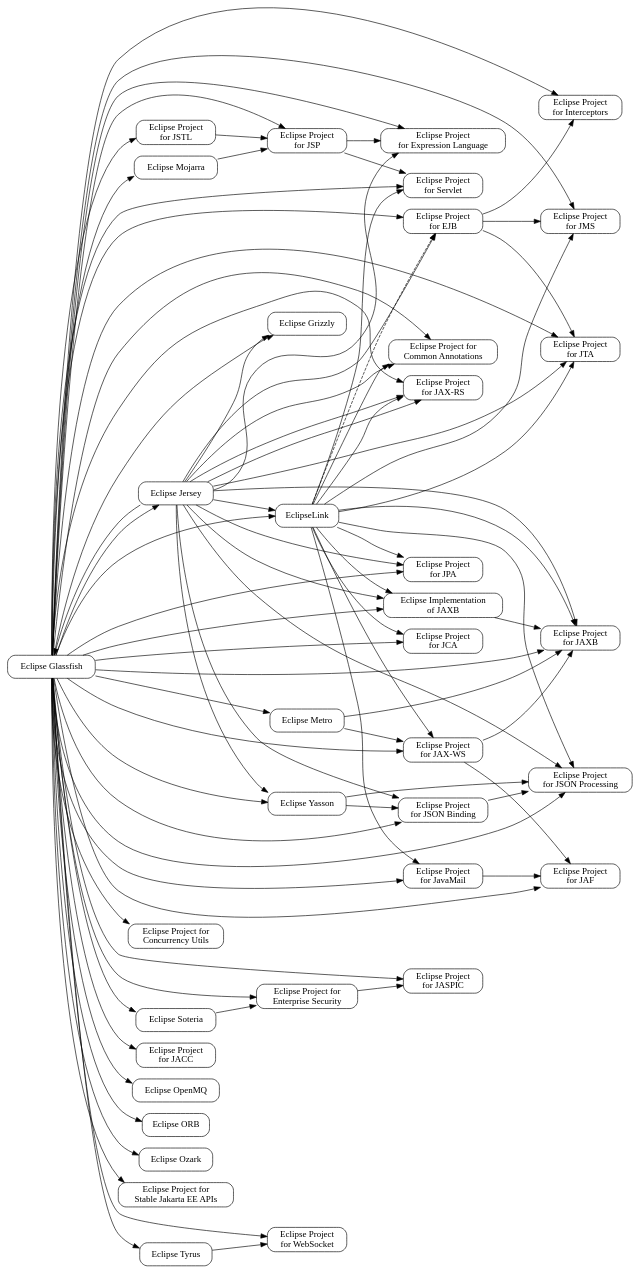
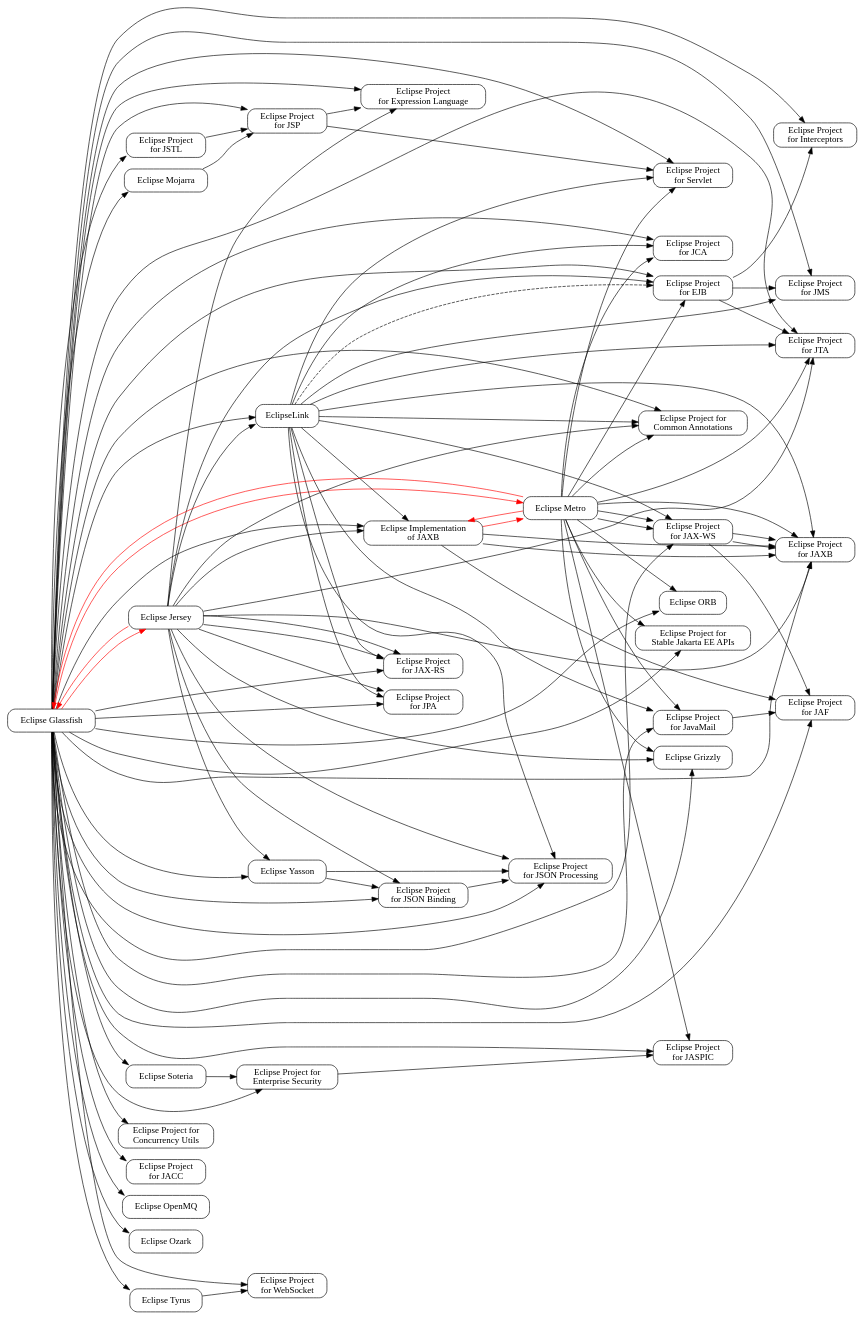
One commit to eclipse-ee4j/ee4j-website changed the diagram in src/dot/dependencies.dot. Above: the diagram before and after it, drawn with Graphviz.

Commit message:
Metro, JAXB and JAXWS dependencies added to dependencies.dot

```diff
--- a/src/dot/dependencies.dot
+++ b/src/dot/dependencies.dot
@@ -1,168 +1,198 @@
 /********************************************************************************
  * Copyright (c) 2018 Contributors to the Eclipse Foundation
  * 
  * See the NOTICE file(s) distributed with this work for additional
  * information regarding copyright ownership.
  * 
  * This program and the accompanying materials are made available under the
  * terms of the Eclipse Distribution License v. 1.0 which is available at
  * http://www.eclipse.org/org/documents/edl-v10.php.
  * 
  * SPDX-License-Identifier: BSD-3-Clause
  ********************************************************************************/
 
 // This file defines a graph of the relationship between the
 // EE4J Projects that make up Jakarta EE.
 //
 // Render using Graphviz.
 // e.g. 
 // > dot dependencies.dot -Tsvg > dependencies.svg
 //
 
 digraph G {
 	rankdir=LR;
 	rank=same;
 
 	// Eclipse project nodes
 	// Projects that provide definitions or implementations of the
 	// specifications go here. All nodes that represent
 	// projects are prefixed with "project_"
 	
 	node[ shape=box, style="rounded" ]
 	project_glassfish[ label="Eclipse Glassfish", URL="https://projects.eclipse.org/projects/ee4j.glassfish" ];
 	project_ca[ label="Eclipse Project for\nCommon Annotations", URL="https://projects.eclipse.org/projects/ee4j.ca" ];
 	project_cu[ label="Eclipse Project for\nConcurrency Utils", URL="https://projects.eclipse.org/projects/ee4j.cu" ];
 	project_eclipselink[ label="EclipseLink", URL="https://projects.eclipse.org/projects/ee4j.eclipselink" ];
 	project_ejb[ label="Eclipse Project\nfor EJB", URL="https://projects.eclipse.org/proposals/eclipse-project-ejb" ];
 	project_el[ label="Eclipse Project\nfor Expression Language", URL="https://projects.eclipse.org/projects/ee4j.el" ];
 	project_es[ label="Eclipse Project for\nEnterprise Security", URL="https://projects.eclipse.org/projects/ee4j.es/" ];
 	project_grizzly[ label="Eclipse Grizzly", URL="https://projects.eclipse.org/projects/ee4j.grizzly" ];
 	project_interceptors[ label="Eclipse Project\nfor Interceptors", URL="https://projects.eclipse.org/proposals/eclipse-project-interceptors" ];
 	project_jacc[label="Eclipse Project\nfor JACC", URL="https://projects.eclipse.org/projects/ee4j.jacc" ];
 	project_jaf[ label="Eclipse Project\nfor JAF", URL="https://projects.eclipse.org/proposals/eclipse-project-jaf" ];
 	project_javamail[ label="Eclipse Project\nfor JavaMail", URL="https://projects.eclipse.org/projects/ee4j.javamail" ];
 	project_jaspic[label="Eclipse Project\nfor JASPIC", URL="https://projects.eclipse.org/projects/ee4j.jaspic" ]; 
 	project_jaxb[ label="Eclipse Project\nfor JAXB", URL="https://projects.eclipse.org/proposals/eclipse-project-jaxb" ];
 	project_jaxb_impl[ label="Eclipse Implementation\nof JAXB", URL="https://projects.eclipse.org/proposals/eclipse-implementation-jaxb" ];
 	project_jaxrs[ label="Eclipse Project\nfor JAX-RS", URL="https://projects.eclipse.org/projects/ee4j.jaxrs" ];
 	project_jaxws[ label="Eclipse Project\nfor JAX-WS", URL="https://projects.eclipse.org/proposals/eclipse-project-jax-ws" ];
 	project_jca[ label="Eclipse Project\nfor JCA", URL="https://projects.eclipse.org/proposals/eclipse-project-jca" ];
 	project_jersey[ label="Eclipse Jersey", URL="https://projects.eclipse.org/projects/ee4j.jersey" ];
 	project_jms[ label="Eclipse Project\nfor JMS", URL="https://projects.eclipse.org/projects/ee4j.jms" ];
 	project_jpa[ label="Eclipse Project\nfor JPA", URL="https://projects.eclipse.org/projects/ee4j.jpa" ]
 	project_jsonp[ label="Eclipse Project\nfor JSON Processing", URL="https://projects.eclipse.org/projects/ee4j.jsonp" ];
 	project_jsonb[ label="Eclipse Project\nfor JSON Binding", URL="https://projects.eclipse.org/projects/ee4j.jsonb" ];
 	project_yasson[ label="Eclipse Yasson", URL="https://projects.eclipse.org/projects/ee4j.yasson" ];
 	project_jsp[ label="Eclipse Project\nfor JSP", URL="https://projects.eclipse.org/projects/ee4j.jsp" ];
 	project_jstl[ label="Eclipse Project\nfor JSTL", URL="https://projects.eclipse.org/projects/ee4j.jstl"  ];
 	project_jta[ label="Eclipse Project\nfor JTA", URL="https://projects.eclipse.org/projects/ee4j.jta" ];
 	project_metro[ label="Eclipse Metro", URL="https://projects.eclipse.org/proposals/eclipse-metro" ];
 	project_mojarra[ label="Eclipse Mojarra", URL="https://projects.eclipse.org/projects/ee4j.mojarra" ];
 	project_openmq[ label="Eclipse OpenMQ", URL="https://projects.eclipse.org/projects/ee4j.openmq" ];
 	project_orb[ label="Eclipse ORB" ];
 	project_ozark[ label="Eclipse Ozark" ];	
 	project_soteria[ label="Eclipse Soteria", URL="https://projects.eclipse.org/projects/ee4j.soteria" ];
 	project_stable[ label="Eclipse Project for\nStable Jakarta EE APIs", URL="https://projects.eclipse.org/projects/ee4j.jakartaee-stable" ];
 	project_servlet[ label="Eclipse Project\nfor Servlet", URL="https://projects.eclipse.org/projects/ee4j.servlet" ];
 	project_tyrus[ label="Eclipse Tyrus", URL="https://projects.eclipse.org/projects/ee4j.tyrus" ];
 	project_websocket[ label="Eclipse Project\nfor WebSocket", URL="https://projects.eclipse.org/projects/ee4j.websocket" ];
 
 	// Compile time sependencies between projects.
 	// e.g. EJB requires Interceptors, JTA, ...
 	edge[ style="solid" ];
 
 	project_mojarra -> project_jsp;
 	project_jstl -> project_jsp;
 	project_jsp -> project_servlet;
 	project_jsp -> project_el;
 	project_javamail -> project_jaf;
 	project_jaxb_impl -> project_jaxb;
 	project_jaxws -> project_jaf;
 	project_jaxws -> project_jaxb;
 	project_metro -> project_jaxws;
 	project_metro -> project_jaxb;
 	project_es -> project_jaspic;
 	project_jsonb -> project_jsonp;
 	project_yasson -> project_jsonb;
 	project_yasson -> project_jsonp;
 	project_tyrus -> project_websocket;
 	project_jersey -> project_jaxrs;
 	project_soteria -> project_es;
 
 	// GlassFish
 	project_glassfish -> project_ca;
 	project_glassfish -> project_cu;
 	project_glassfish -> project_eclipselink;
 	project_glassfish -> project_ejb;
 	project_glassfish -> project_el;
 	project_glassfish -> project_es;
 	project_glassfish -> project_grizzly;
 	project_glassfish -> project_interceptors;
 	project_glassfish -> project_jacc;
 	project_glassfish -> project_jaf;
 	project_glassfish -> project_javamail;
 	project_glassfish -> project_jaspic;
 	project_glassfish -> project_jaxb;
 	project_glassfish -> project_jaxb_impl;
 	project_glassfish -> project_jaxrs;
 	project_glassfish -> project_jaxws;
 	project_glassfish -> project_jca;
-	project_glassfish -> project_jersey;
+	project_glassfish -> project_jersey [color=red]; // CIRCULAR DEPENDENCY!!!
 	project_glassfish -> project_jms;
 	project_glassfish -> project_jpa;
 	project_glassfish -> project_jsonp;
 	project_glassfish -> project_jsonb;
 	project_glassfish -> project_yasson;
 	project_glassfish -> project_jsp;
 	project_glassfish -> project_jstl;
 	project_glassfish -> project_jta;
-	project_glassfish -> project_metro;
+	project_glassfish -> project_metro [color=red]; // CIRCULAR DEPENDENCY!!!
 	project_glassfish -> project_mojarra;
 	project_glassfish -> project_openmq;
 	project_glassfish -> project_orb;
 	project_glassfish -> project_ozark;
 	project_glassfish -> project_soteria;
 	project_glassfish -> project_stable;
 	project_glassfish -> project_servlet;
 	project_glassfish -> project_tyrus;
 	project_glassfish -> project_websocket;	
 	
 	// EJB
 	project_ejb -> project_interceptors;
 	project_ejb -> project_jta;
 	project_ejb -> project_jms;
 	
 	// EclipseLink
 	project_eclipselink -> project_jpa;
 	project_eclipselink -> project_jaxrs;
 	project_eclipselink -> project_jaxws;
 	project_eclipselink -> project_ca;
 	project_eclipselink -> project_jaxb;
 	project_eclipselink -> project_jaxb_impl;
 	project_eclipselink -> project_jsonp;
 	project_eclipselink -> project_jta;
 	project_eclipselink -> project_servlet;
 	project_eclipselink -> project_jca;
 	project_eclipselink -> project_jms;
 	project_eclipselink -> project_javamail;
 
+	// JAXRS 
+	// no dependencies
+
 	// Jersey
 	project_jersey -> project_jaxrs;
 	project_jersey -> project_ca;
 	project_jersey -> project_jta;
-	project_jersey -> project_glassfish; // CYCLIC DEPENDENCY!!! hk2*, org.glassfish.main.ejb.ejb-container, org.glassfish.main.common.container-common, org.glassfish.web.javax.el
+	project_jersey -> project_glassfish [color=red]; // CIRCULAR DEPENDENCY: hk2*, org.glassfish.main.ejb.ejb-container, org.glassfish.main.common.container-common, org.glassfish.web.javax.el
 	project_jersey -> project_grizzly;
 	project_jersey -> project_jaxb;
 	project_jersey -> project_jaxb_impl;
 	project_jersey -> project_eclipselink; // Moxy
 	project_jersey -> project_jpa;
 	project_jersey -> project_ejb;
 	project_jersey -> project_el;
 	project_jersey -> project_jsonp;
 	project_jersey -> project_jsonb;
 	project_jersey -> project_yasson;
 
+	// JAXB 
+	// no dependencies
+
+	// JAXB implementation
+	project_jaxb_impl -> project_jaxb;
+	project_jaxb_impl -> project_metro  [color=red]; // CIRCULAR DEPENDENCY: metro-stax-ex
+	project_jaxb_impl -> project_jaf;
+
+	// JAX-WS
+	project_jaxws -> project_jaxb; 
+
+	// Metro
+	//	External: com.sun.xml.registry:jaxr-impl, net.java.dev.stax-utils:stax-utils
+	project_metro -> project_jaxb_impl [color=red]; // CIRCULAR DEPENDENCY: metro-stax-ex
+	project_metro -> project_jaxws;
+	project_metro -> project_stable; // jax-rpc, javax.xml.registry:javax.xml.registry-api
+	project_metro -> project_grizzly; // com.sun.grizzly:grizzly-framework-http
+	project_metro -> project_ca;
+	project_metro -> project_javamail;
+	project_metro -> project_jca;
+	project_metro -> project_jaspic; // javax.security.auth.message:javax.security.auth.message-api
+	project_metro -> project_servlet;
+	project_metro -> project_jta;
+	project_metro -> project_glassfish [color=red]; // CIRCULAR DEPENDENCY: org.glassfish.ha:ha-api + several other
+	project_metro -> project_ejb;
+	project_metro -> project_orb; // org.glassfish.gmbal:gmbal, org.glassfish.external:management-api
+
 	// Tests dependencies
 	edge[ style="dashed" ];
 	project_eclipselink -> project_ejb;				
 }
```
